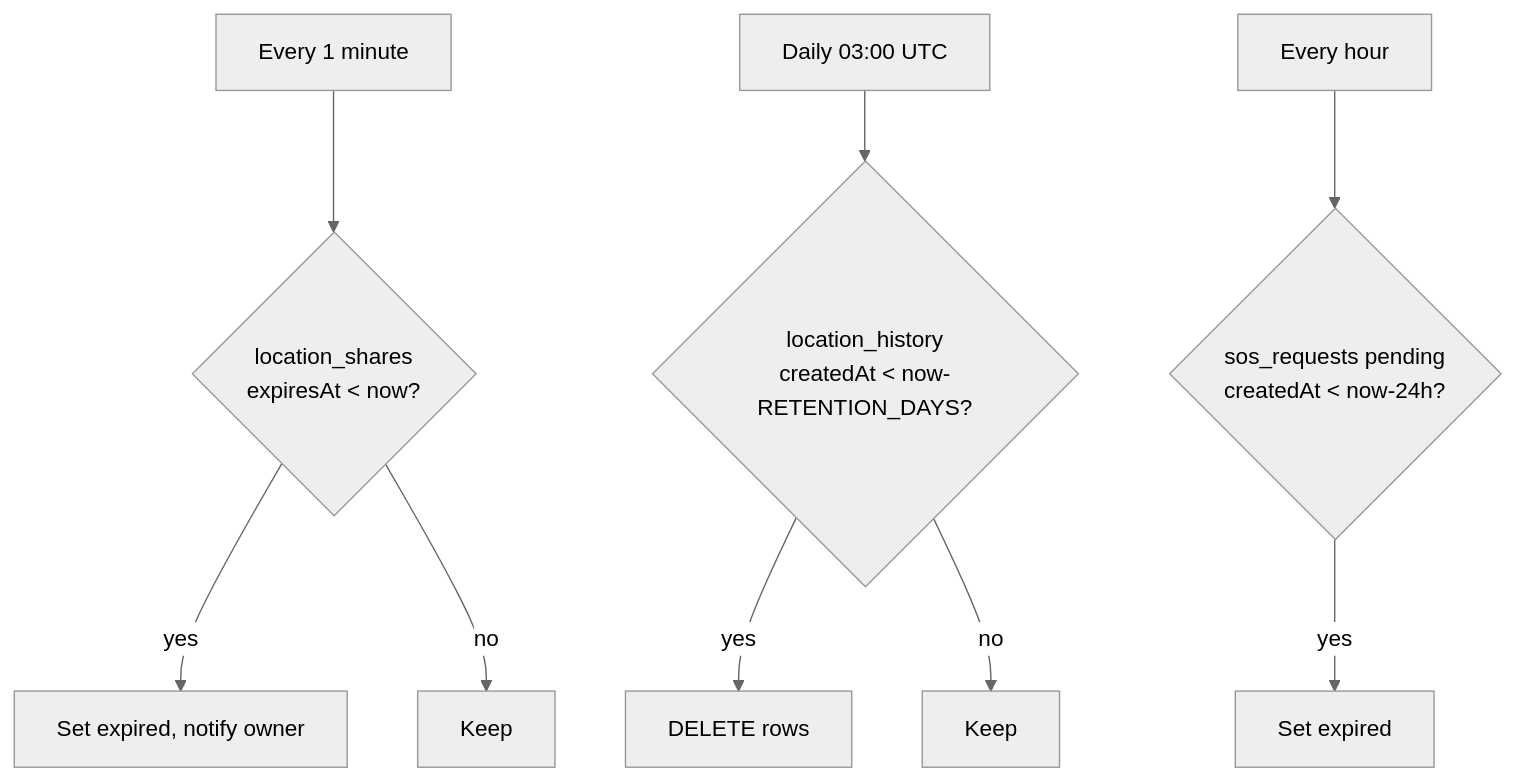
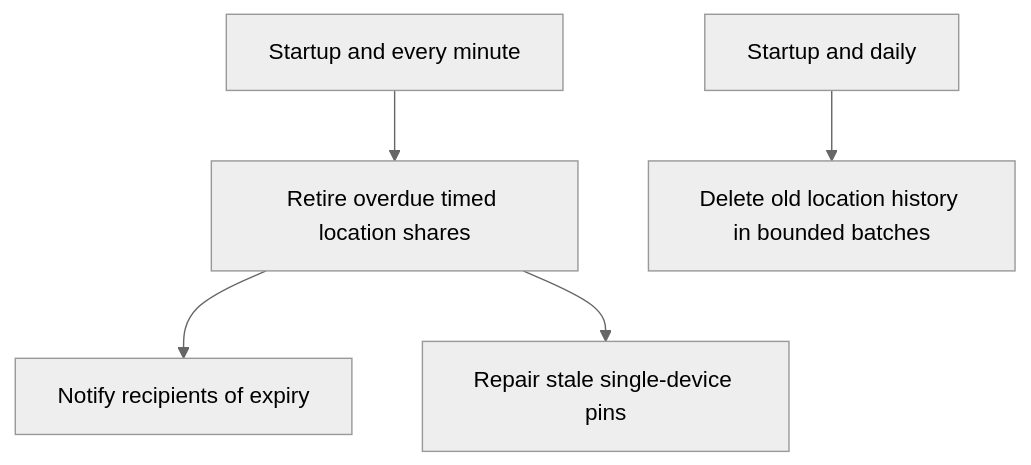
The fifth of 5 diagrams in docs/DIAGRAMS/LOCATION_SEQUENCE.md (komeilm76/borobiya), drawn with Mermaid (neutral theme) before and after one commit. The commit also changed other lines of this file and 2 other files, not shown here.

Commit message:
Review rendered location sharing diagrams against live contracts

````diff
--- a/docs/DIAGRAMS/LOCATION_SEQUENCE.md
+++ b/docs/DIAGRAMS/LOCATION_SEQUENCE.md
@@ -101,11 +114,7 @@
 ```mermaid
 flowchart TD
-  A[Every 1 minute] --> B{location_shares<br/>expiresAt < now?}
-  B -->|yes| C[Set expired, notify owner]
-  B -->|no| D[Keep]
-  E[Daily 03:00 UTC] --> F{location_history<br/>createdAt < now-RETENTION_DAYS?}
-  F -->|yes| G[DELETE rows]
-  F -->|no| H[Keep]
-  I[Every hour] --> J{sos_requests pending<br/>createdAt < now-24h?}
-  J -->|yes| K[Set expired]
+  A[Startup and every minute] --> B[Retire overdue timed location shares]
+  B --> C[Notify recipients of expiry]
+  B --> D[Repair stale single-device pins]
+  E[Startup and daily] --> F[Delete old location history in bounded batches]
 ```
````
